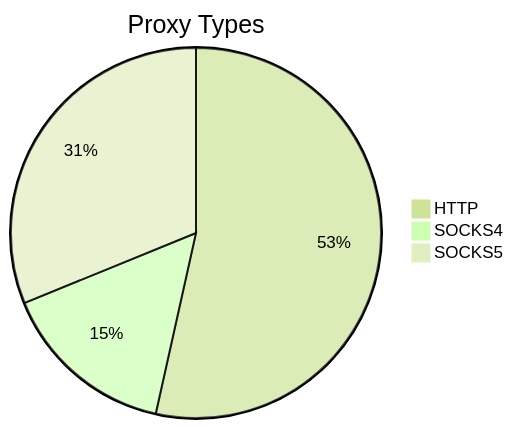
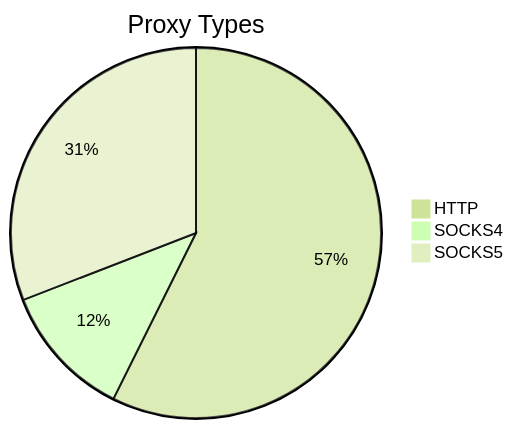
Before and after one commit to stormsia/proxy-list: the first of 2 diagrams in README.md, drawn with Mermaid (forest theme). The commit also changed other lines of this file, not shown here.

````diff
--- a/README.md
+++ b/README.md
@@ -21,6 +21,6 @@
 ```mermaid
 pie title Proxy Types
-    "HTTP" : 230
-    "SOCKS4" : 66
-    "SOCKS5" : 134
+    "HTTP" : 156
+    "SOCKS4" : 32
+    "SOCKS5" : 84
 ```
````
